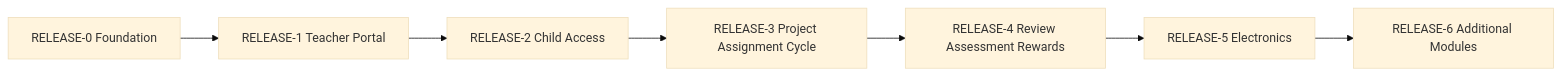
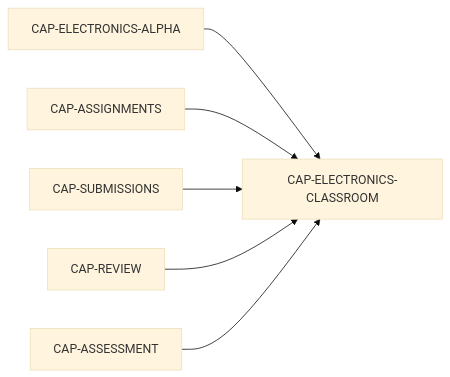
One commit to spikeal8-maker/asa-lab changed diagram 11 of 13 in docs/product/CAPABILITY_MAP.md. Above: the diagram before and after it, drawn with Mermaid (base theme). The commit also changed other lines of this file, not shown here.

Commit message:
docs(product): visualize executable capability release order

````diff
--- a/docs/product/CAPABILITY_MAP.md
+++ b/docs/product/CAPABILITY_MAP.md
@@ -163,12 +263,15 @@
 ```mermaid
 flowchart LR
-    R0[RELEASE-0 Foundation]
-    R1[RELEASE-1 Teacher Portal]
-    R2[RELEASE-2 Child Access]
-    R3[RELEASE-3 Project Assignment Cycle]
-    R4[RELEASE-4 Review Assessment Rewards]
-    R5[RELEASE-5 Electronics]
-    R6[RELEASE-6 Additional Modules]
+    ALPHA[CAP-ELECTRONICS-ALPHA]
+    ASSIGN[CAP-ASSIGNMENTS]
+    SUB[CAP-SUBMISSIONS]
+    REVIEW[CAP-REVIEW]
+    ASSESS[CAP-ASSESSMENT]
+    FULL[CAP-ELECTRONICS-CLASSROOM]
 
-    R0 --> R1 --> R2 --> R3 --> R4 --> R5 --> R6
+    ALPHA --> FULL
+    ASSIGN --> FULL
+    SUB --> FULL
+    REVIEW --> FULL
+    ASSESS --> FULL
 ```
````
